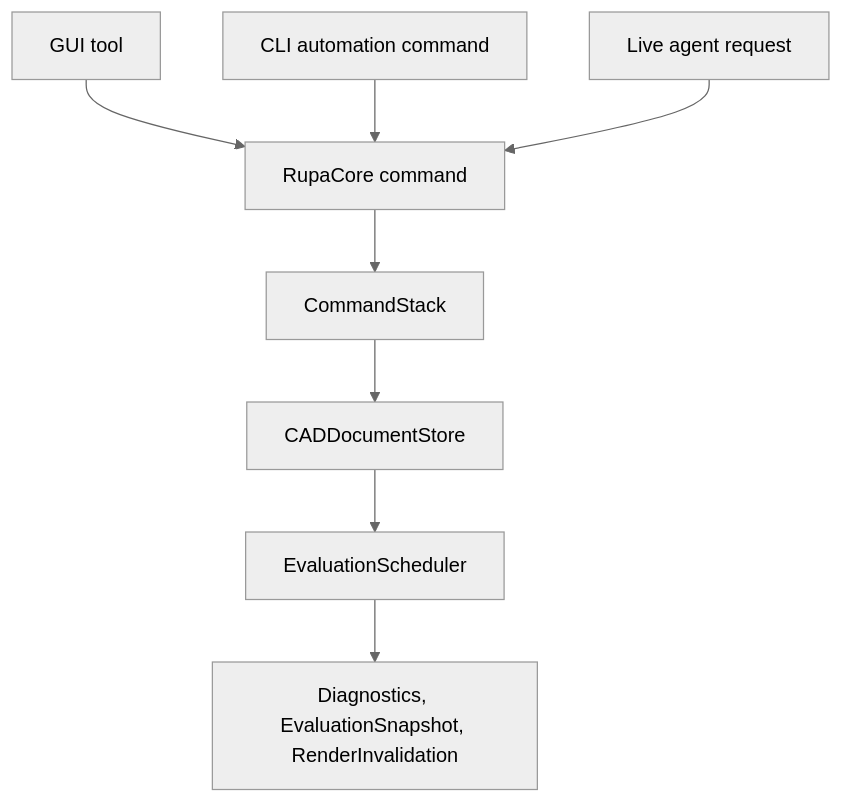
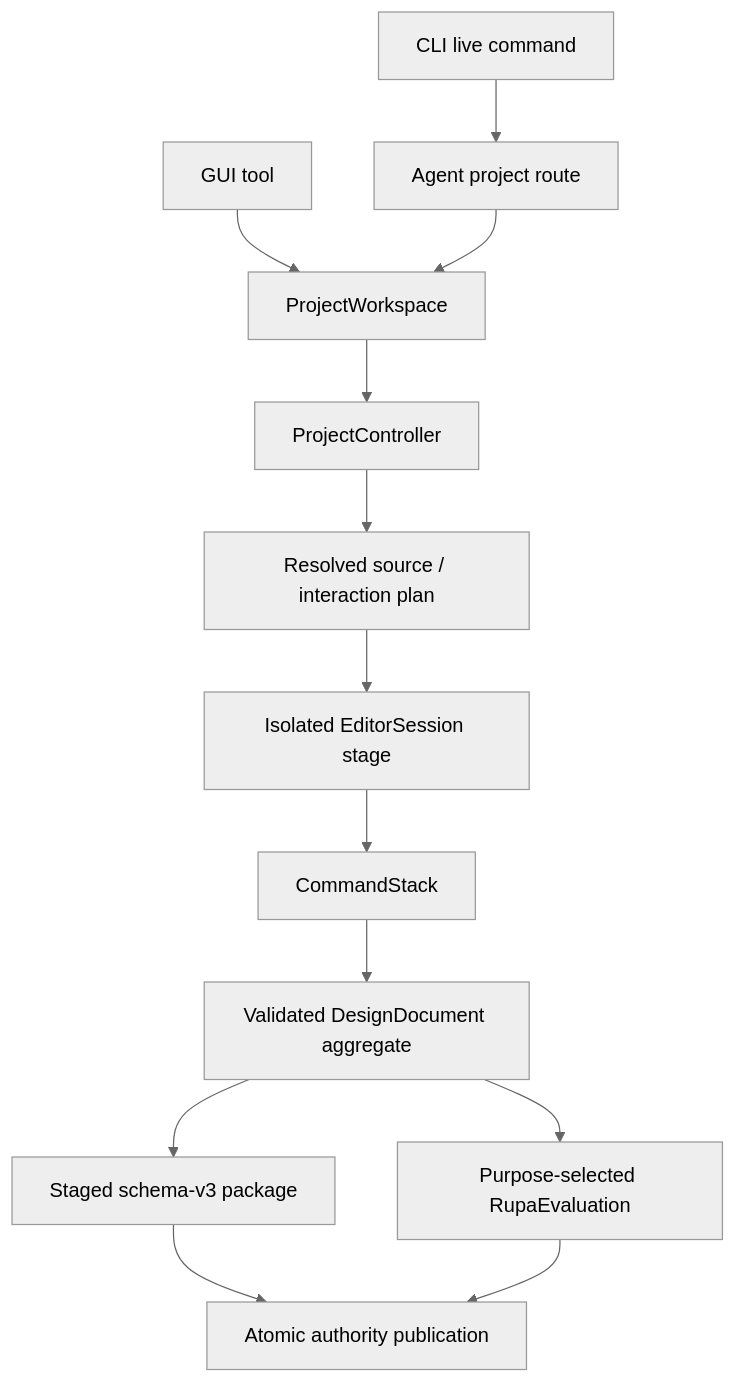
The first of 12 diagrams in Rupa/PHILOSOPHY.md (1amageek/Rupa), drawn with Mermaid (neutral theme) before and after one commit. The commit also changed other lines of this file and 5 other files, not shown here.

````diff
--- a/Rupa/PHILOSOPHY.md
+++ b/Rupa/PHILOSOPHY.md
@@ -21,10 +25,15 @@
 ```mermaid
 flowchart TD
-    GUI["GUI tool"] --> Command["RupaCore command"]
-    CLI["CLI automation command"] --> Command
-    Agent["Live agent request"] --> Command
-    Command --> Stack["CommandStack"]
-    Stack --> Store["CADDocumentStore"]
-    Store --> Evaluation["EvaluationScheduler"]
-    Evaluation --> Results["Diagnostics, EvaluationSnapshot, RenderInvalidation"]
+    GUI["GUI tool"] --> Workspace["ProjectWorkspace"]
+    CLI["CLI live command"] --> Agent["Agent project route"]
+    Agent --> Workspace
+    Workspace --> Project["ProjectController"]
+    Project --> Command["Resolved source / interaction plan"]
+    Command --> Stage["Isolated EditorSession stage"]
+    Stage --> Stack["CommandStack"]
+    Stack --> Aggregate["Validated DesignDocument aggregate"]
+    Aggregate --> Package["Staged schema-v3 package"]
+    Aggregate --> Evaluation["Purpose-selected RupaEvaluation"]
+    Package --> Results["Atomic authority publication"]
+    Evaluation --> Results
 ```
````
